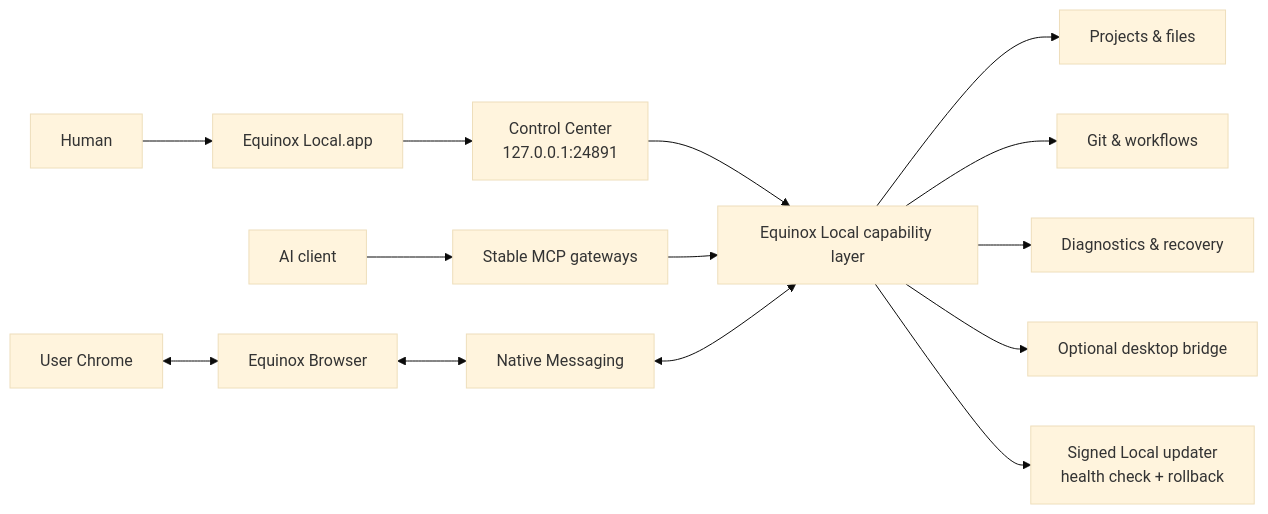
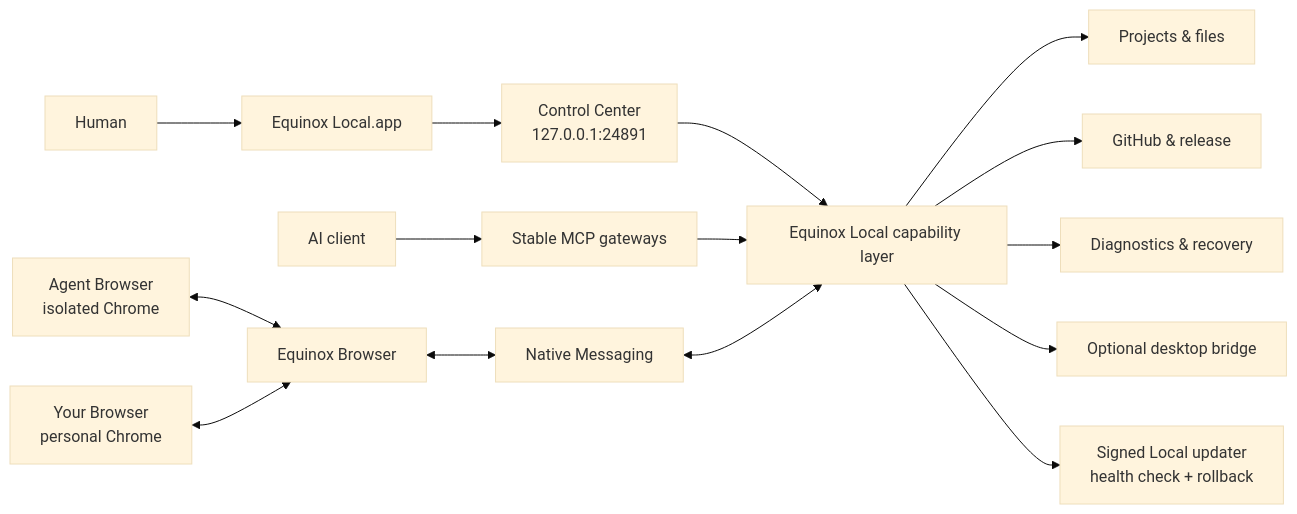
Before and after one commit to sametbasbug/equinox-local: the diagram in README.md, drawn with Mermaid (base theme). The commit also changed other lines of this file and 108 other files, not shown here.

First line of the commit message:
Release Equinox Local 4.6.2 (#24)

````diff
--- a/README.md
+++ b/README.md
@@ -53,19 +52,20 @@
 ```mermaid
 flowchart LR
     H[Human] --> APP[Equinox Local.app]
     APP --> CC[Control Center\n127.0.0.1:24891]
     A[AI client] --> MCP[Stable MCP gateways]
     CC --> CORE[Equinox Local capability layer]
     MCP --> CORE
 
     CORE --> FILES[Projects & files]
-    CORE --> GIT[Git & workflows]
+    CORE --> GIT[GitHub & release]
     CORE --> RUNTIME[Diagnostics & recovery]
     CORE --> PEEK[Optional desktop bridge]
 
-    CHROME[User Chrome] <--> EXT[Equinox Browser]
+    AGENT[Agent Browser<br/>isolated Chrome] <--> EXT[Equinox Browser]
+    USER[Your Browser<br/>personal Chrome] <--> EXT
     EXT <--> NM[Native Messaging]
     NM <--> CORE
 
     CORE --> UPDATE[Signed Local updater\nhealth check + rollback]
 ```
````
